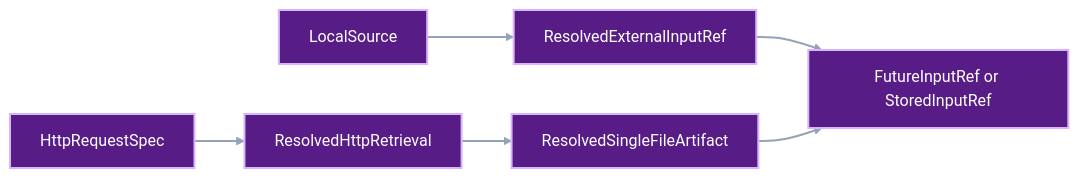
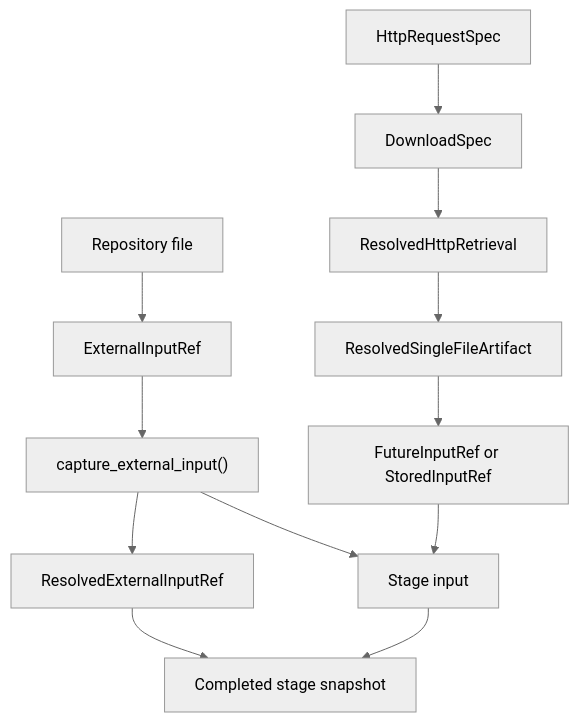
The third of 3 diagrams in docs/development/external-input-roots.md (pvd232/viper), drawn with Mermaid (neutral theme) before and after one commit. The commit also changed other lines of this file and 4 other files, not shown here.

Commit message:
Tighten external input roots contract

````diff
--- a/docs/development/external-input-roots.md
+++ b/docs/development/external-input-roots.md
@@ -338,11 +116,16 @@
 ```mermaid
-flowchart LR
-    Local["LocalSource"] --> LocalRoot["ResolvedExternalInputRef"]
-    Http["HttpRequestSpec"] --> HttpRoot["ResolvedHttpRetrieval"]
-    HttpRoot --> Published["ResolvedSingleFileArtifact"]
-    LocalRoot --> Selection["ExternalInputRef"]
-    Published --> Selection["FutureInputRef or StoredInputRef"]
-    class Local,LocalRoot,Http,HttpRoot,Published,Selection proposed
-    classDef proposed fill:#581c87,stroke:#d8b4fe,color:#ffffff,stroke-width:2px
-    linkStyle default stroke:#94a3b8,stroke-width:2px
+flowchart TB
+    Local["Repository file"] --> LocalRef["ExternalInputRef"]
+    LocalRef --> Capture["capture_external_input()"]
+    Capture --> LocalEvidence["ResolvedExternalInputRef"]
+    Capture --> Consumer["Stage input"]
+
+    Request["HttpRequestSpec"] --> Download["DownloadSpec"]
+    Download --> Retrieval["ResolvedHttpRetrieval"]
+    Retrieval --> Artifact["ResolvedSingleFileArtifact"]
+    Artifact --> Selection["FutureInputRef or StoredInputRef"]
+    Selection --> Consumer
+
+    LocalEvidence --> Snapshot
+    Consumer --> Snapshot["Completed stage snapshot"]
 ```
````
